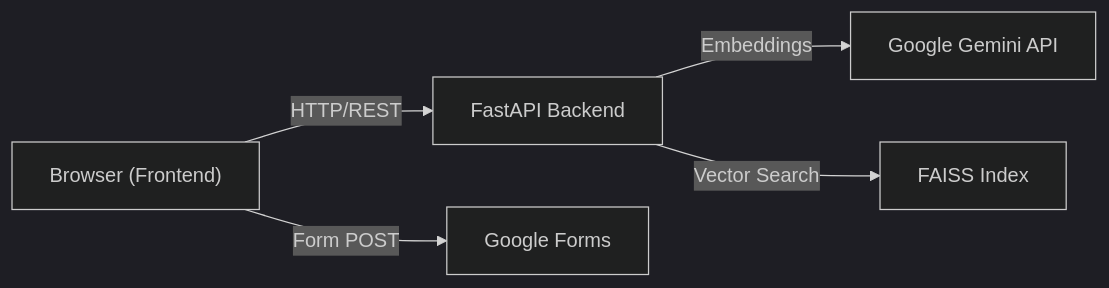
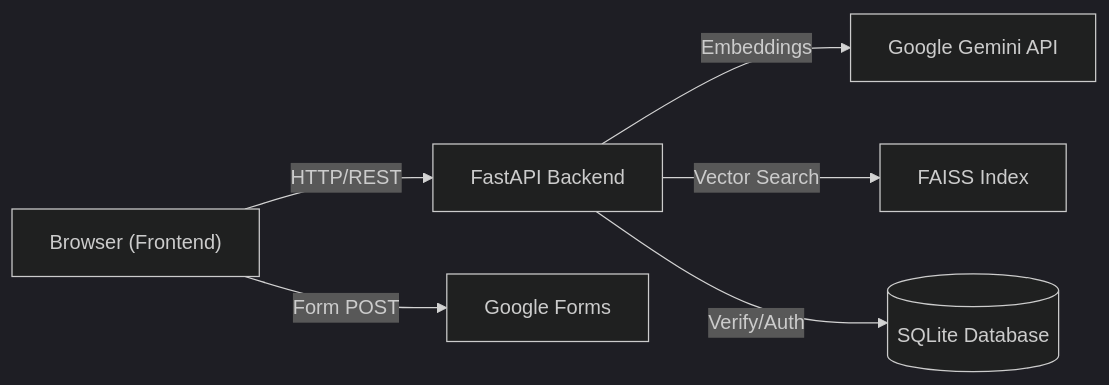
The first of 3 diagrams in robinson-portfolio-main/SRS_BRD_Documentation.md (Robinsonkr/ANTIGRAVITY-PROJECTS), drawn with Mermaid (dark theme) before and after one commit. The commit also changed other lines of this file, not shown here.

````diff
--- a/robinson-portfolio-main/SRS_BRD_Documentation.md
+++ b/robinson-portfolio-main/SRS_BRD_Documentation.md
@@ -57,7 +57,8 @@
 ```mermaid
 graph LR
     A["Browser (Frontend)"] -->|HTTP/REST| B["FastAPI Backend"]
     B -->|Embeddings| C["Google Gemini API"]
     B -->|Vector Search| D["FAISS Index"]
+    B -->|Verify/Auth| F[("SQLite Database")]
     A -->|Form POST| E["Google Forms"]
 ```
````
